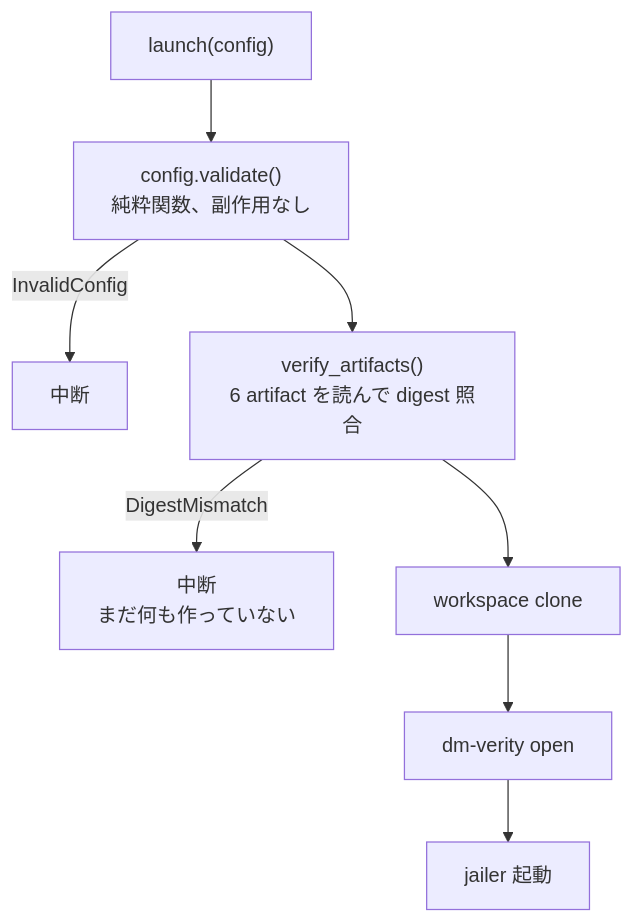
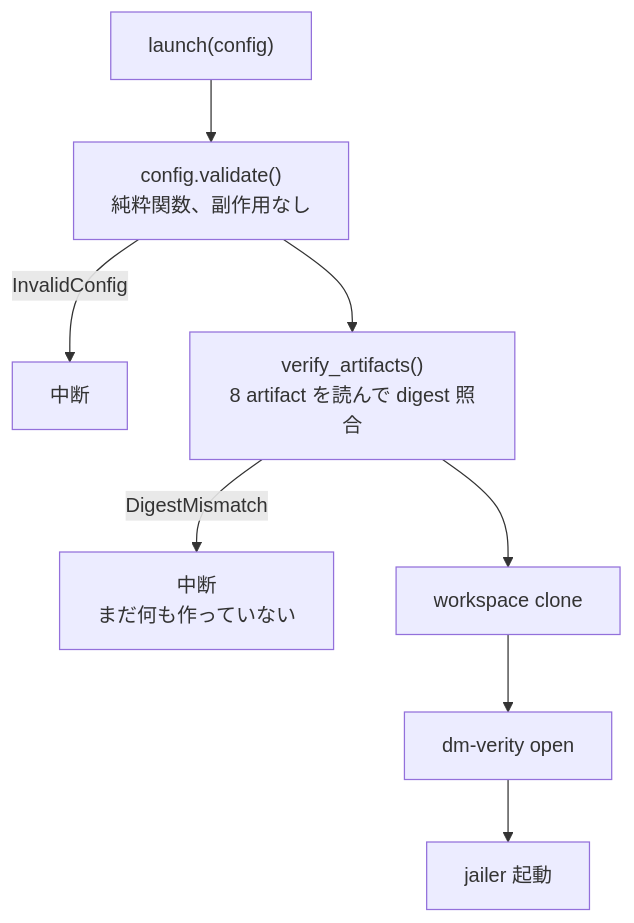
Before and after one commit to Aqua-218/SecCamp-AIAgent: the diagram in docs/firecracker-runtime/pinned-artifacts.md, drawn with Mermaid. The commit also changed other lines of this file, not shown here.

````diff
--- a/docs/firecracker-runtime/pinned-artifacts.md
+++ b/docs/firecracker-runtime/pinned-artifacts.md
@@ -23,10 +23,10 @@
 ```mermaid
 flowchart TB
     start["launch(config)"] --> val["config.validate()<br/>純粋関数、副作用なし"]
     val -->|InvalidConfig| stop1["中断"]
-    val --> ver["verify_artifacts()<br/>6 artifact を読んで digest 照合"]
+    val --> ver["verify_artifacts()<br/>8 artifact を読んで digest 照合"]
     ver -->|DigestMismatch| stop2["中断<br/>まだ何も作っていない"]
     ver --> clone["workspace clone"]
     clone --> verity["dm-verity open"]
     verity --> jail["jailer 起動"]
 ```
````
